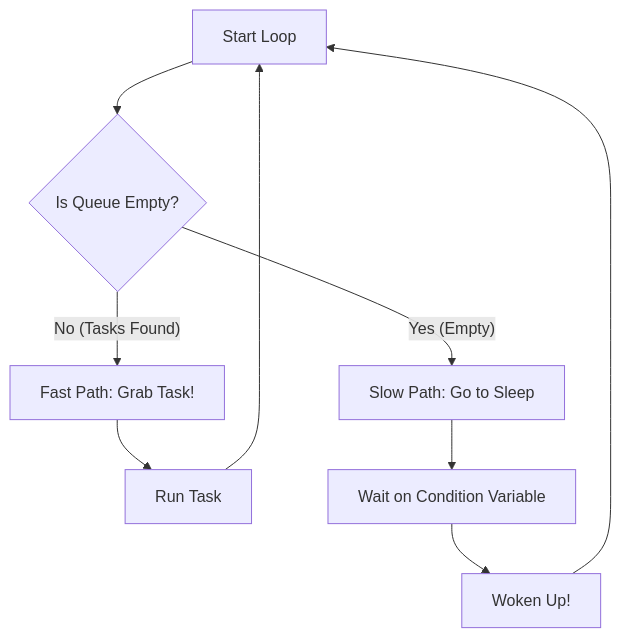
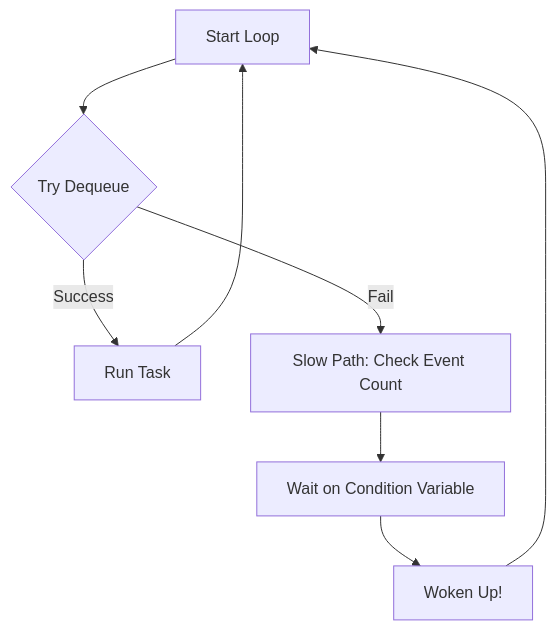
One commit to HCPhy/threadPool changed the diagram in docs/implementation_details.md. Above: the diagram before and after it, drawn with Mermaid. The commit also changed other lines of this file and 4 other files, not shown here.

Commit message:
feat: Implement event count based worker notification and simplified shutdown, replacing `pending_task_count_` to prevent lost wakeups and improve teardown.

````diff
--- a/docs/implementation_details.md
+++ b/docs/implementation_details.md
@@ -92,11 +94,10 @@
 ```mermaid
 graph TD
-    Start[Start Loop] --> CheckQ{Is Queue Empty?}
-    CheckQ -- No (Tasks Found) --> Dequeue[Fast Path: Grab Task!]
-    Dequeue --> Execute[Run Task]
+    Start[Start Loop] --> CheckQ{Try Dequeue}
+    CheckQ -- Success --> Execute[Run Task]
     Execute --> Start
-    CheckQ -- Yes (Empty) --> SlowPath[Slow Path: Go to Sleep]
+    CheckQ -- Fail --> SlowPath[Slow Path: Check Event Count]
     SlowPath --> Wait[Wait on Condition Variable]
     Wait --> WakeUp[Woken Up!]
     WakeUp --> Start
 ```
````
